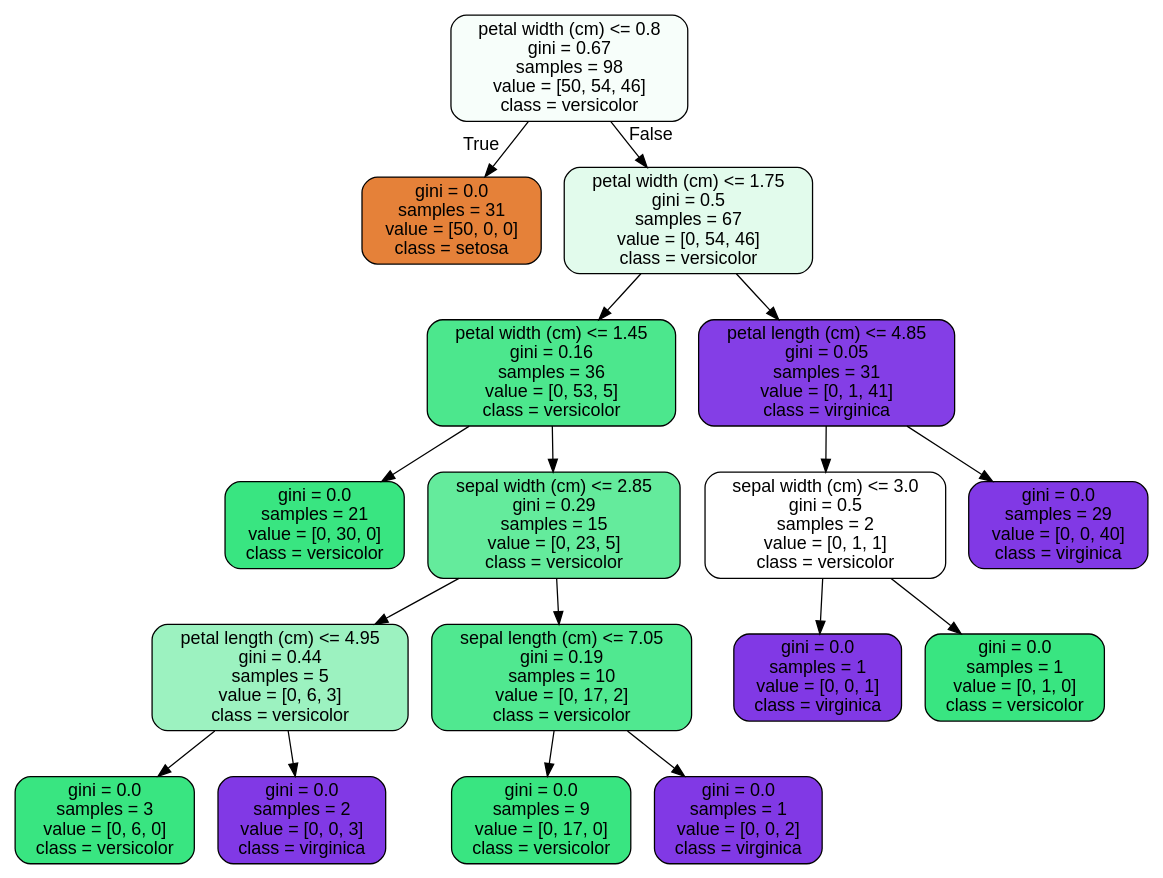
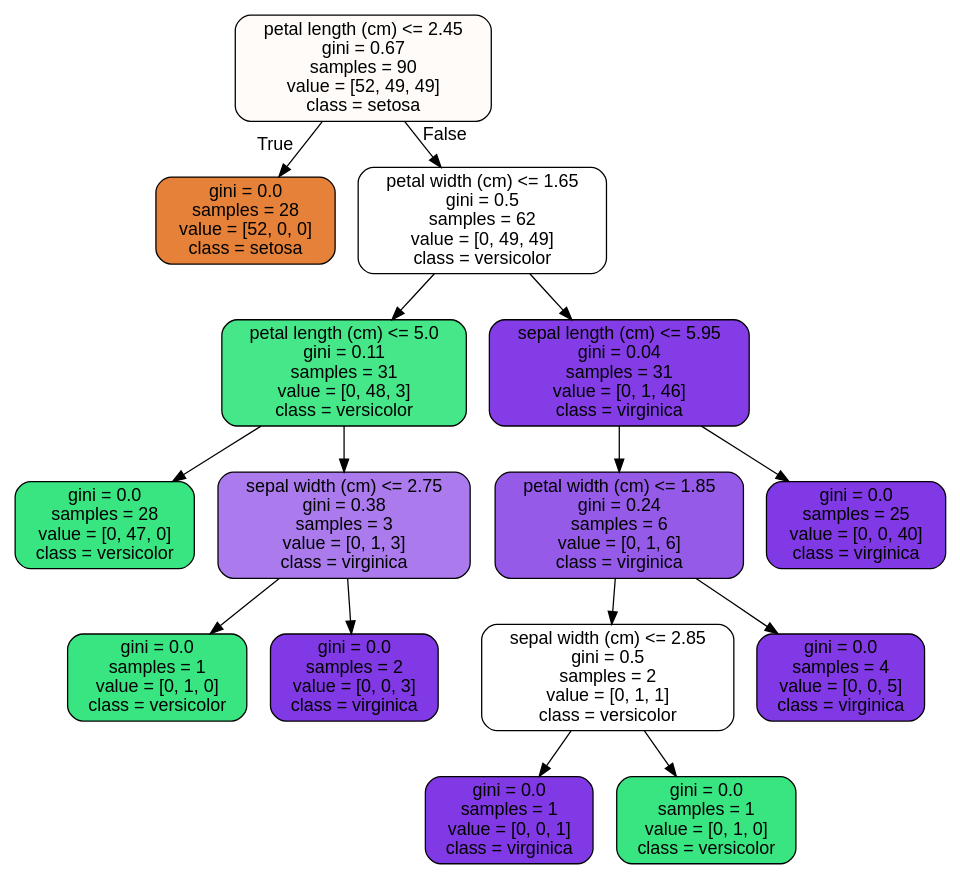
Before and after one commit to Vince-VC/Springboard: the diagram in Random_Forest_Covid_Case_Study/tree.dot, drawn with Graphviz. The commit also changed 4 other files, not shown here.

```diff
--- a/Random_Forest_Covid_Case_Study/tree.dot
+++ b/Random_Forest_Covid_Case_Study/tree.dot
@@ -1,37 +1,33 @@
 digraph Tree {
 node [shape=box, style="filled, rounded", color="black", fontname="helvetica"] ;
 edge [fontname="helvetica"] ;
-0 [label="petal width (cm) <= 0.8\ngini = 0.67\nsamples = 98\nvalue = [50, 54, 46]\nclass = versicolor", fillcolor="#f7fefa"] ;
-1 [label="gini = 0.0\nsamples = 31\nvalue = [50, 0, 0]\nclass = setosa", fillcolor="#e58139"] ;
+0 [label="petal length (cm) <= 2.45\ngini = 0.67\nsamples = 90\nvalue = [52, 49, 49]\nclass = setosa", fillcolor="#fefbf9"] ;
+1 [label="gini = 0.0\nsamples = 28\nvalue = [52, 0, 0]\nclass = setosa", fillcolor="#e58139"] ;
 0 -> 1 [labeldistance=2.5, labelangle=45, headlabel="True"] ;
-2 [label="petal width (cm) <= 1.75\ngini = 0.5\nsamples = 67\nvalue = [0, 54, 46]\nclass = versicolor", fillcolor="#e2fbec"] ;
+2 [label="petal width (cm) <= 1.65\ngini = 0.5\nsamples = 62\nvalue = [0, 49, 49]\nclass = versicolor", fillcolor="#ffffff"] ;
 0 -> 2 [labeldistance=2.5, labelangle=-45, headlabel="False"] ;
-3 [label="petal width (cm) <= 1.45\ngini = 0.16\nsamples = 36\nvalue = [0, 53, 5]\nclass = versicolor", fillcolor="#4ce78d"] ;
+3 [label="petal length (cm) <= 5.0\ngini = 0.11\nsamples = 31\nvalue = [0, 48, 3]\nclass = versicolor", fillcolor="#45e789"] ;
 2 -> 3 ;
-4 [label="gini = 0.0\nsamples = 21\nvalue = [0, 30, 0]\nclass = versicolor", fillcolor="#39e581"] ;
+4 [label="gini = 0.0\nsamples = 28\nvalue = [0, 47, 0]\nclass = versicolor", fillcolor="#39e581"] ;
 3 -> 4 ;
-5 [label="sepal width (cm) <= 2.85\ngini = 0.29\nsamples = 15\nvalue = [0, 23, 5]\nclass = versicolor", fillcolor="#64eb9c"] ;
+5 [label="sepal width (cm) <= 2.75\ngini = 0.38\nsamples = 3\nvalue = [0, 1, 3]\nclass = virginica", fillcolor="#ab7bee"] ;
 3 -> 5 ;
-6 [label="petal length (cm) <= 4.95\ngini = 0.44\nsamples = 5\nvalue = [0, 6, 3]\nclass = versicolor", fillcolor="#9cf2c0"] ;
+6 [label="gini = 0.0\nsamples = 1\nvalue = [0, 1, 0]\nclass = versicolor", fillcolor="#39e581"] ;
 5 -> 6 ;
-7 [label="gini = 0.0\nsamples = 3\nvalue = [0, 6, 0]\nclass = versicolor", fillcolor="#39e581"] ;
-6 -> 7 ;
-8 [label="gini = 0.0\nsamples = 2\nvalue = [0, 0, 3]\nclass = virginica", fillcolor="#8139e5"] ;
-6 -> 8 ;
-9 [label="sepal length (cm) <= 7.05\ngini = 0.19\nsamples = 10\nvalue = [0, 17, 2]\nclass = versicolor", fillcolor="#50e890"] ;
-5 -> 9 ;
-10 [label="gini = 0.0\nsamples = 9\nvalue = [0, 17, 0]\nclass = versicolor", fillcolor="#39e581"] ;
+7 [label="gini = 0.0\nsamples = 2\nvalue = [0, 0, 3]\nclass = virginica", fillcolor="#8139e5"] ;
+5 -> 7 ;
+8 [label="sepal length (cm) <= 5.95\ngini = 0.04\nsamples = 31\nvalue = [0, 1, 46]\nclass = virginica", fillcolor="#843de6"] ;
+2 -> 8 ;
+9 [label="petal width (cm) <= 1.85\ngini = 0.24\nsamples = 6\nvalue = [0, 1, 6]\nclass = virginica", fillcolor="#965ae9"] ;
+8 -> 9 ;
+10 [label="sepal width (cm) <= 2.85\ngini = 0.5\nsamples = 2\nvalue = [0, 1, 1]\nclass = versicolor", fillcolor="#ffffff"] ;
 9 -> 10 ;
-11 [label="gini = 0.0\nsamples = 1\nvalue = [0, 0, 2]\nclass = virginica", fillcolor="#8139e5"] ;
-9 -> 11 ;
-12 [label="petal length (cm) <= 4.85\ngini = 0.05\nsamples = 31\nvalue = [0, 1, 41]\nclass = virginica", fillcolor="#843ee6"] ;
-2 -> 12 ;
-13 [label="sepal width (cm) <= 3.0\ngini = 0.5\nsamples = 2\nvalue = [0, 1, 1]\nclass = versicolor", fillcolor="#ffffff"] ;
-12 -> 13 ;
-14 [label="gini = 0.0\nsamples = 1\nvalue = [0, 0, 1]\nclass = virginica", fillcolor="#8139e5"] ;
-13 -> 14 ;
-15 [label="gini = 0.0\nsamples = 1\nvalue = [0, 1, 0]\nclass = versicolor", fillcolor="#39e581"] ;
-13 -> 15 ;
-16 [label="gini = 0.0\nsamples = 29\nvalue = [0, 0, 40]\nclass = virginica", fillcolor="#8139e5"] ;
-12 -> 16 ;
+11 [label="gini = 0.0\nsamples = 1\nvalue = [0, 0, 1]\nclass = virginica", fillcolor="#8139e5"] ;
+10 -> 11 ;
+12 [label="gini = 0.0\nsamples = 1\nvalue = [0, 1, 0]\nclass = versicolor", fillcolor="#39e581"] ;
+10 -> 12 ;
+13 [label="gini = 0.0\nsamples = 4\nvalue = [0, 0, 5]\nclass = virginica", fillcolor="#8139e5"] ;
+9 -> 13 ;
+14 [label="gini = 0.0\nsamples = 25\nvalue = [0, 0, 40]\nclass = virginica", fillcolor="#8139e5"] ;
+8 -> 14 ;
 }
```
